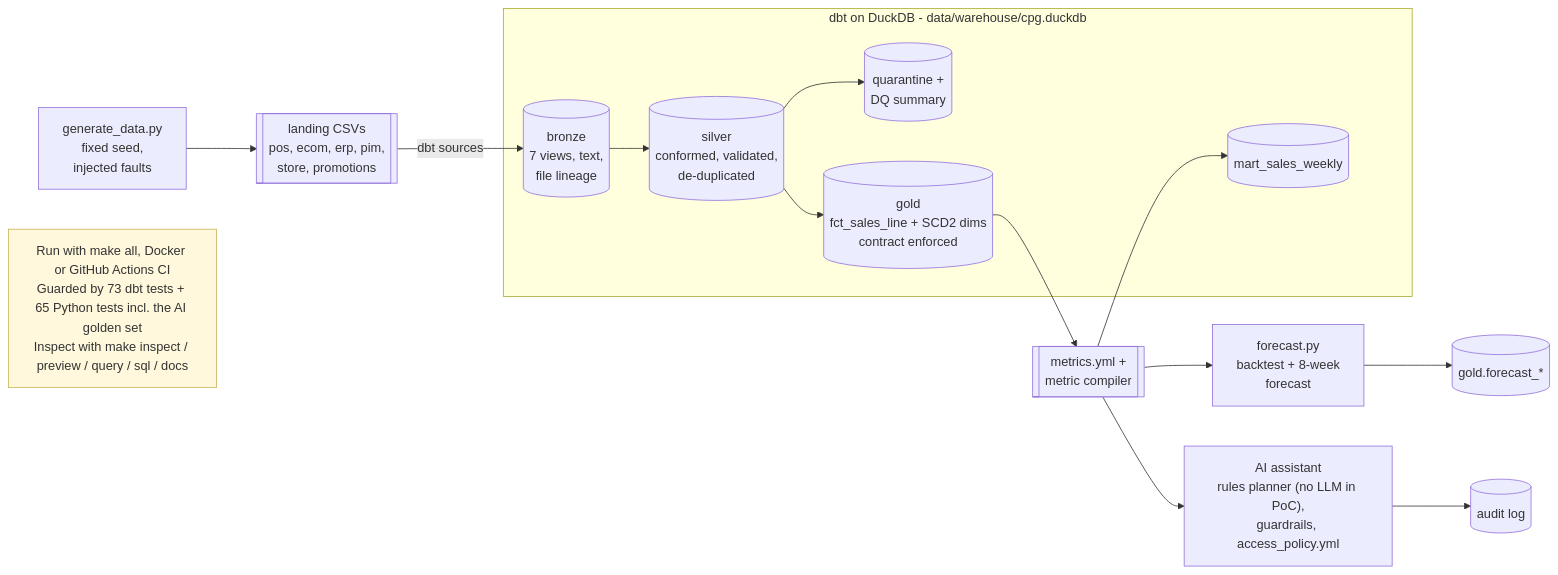
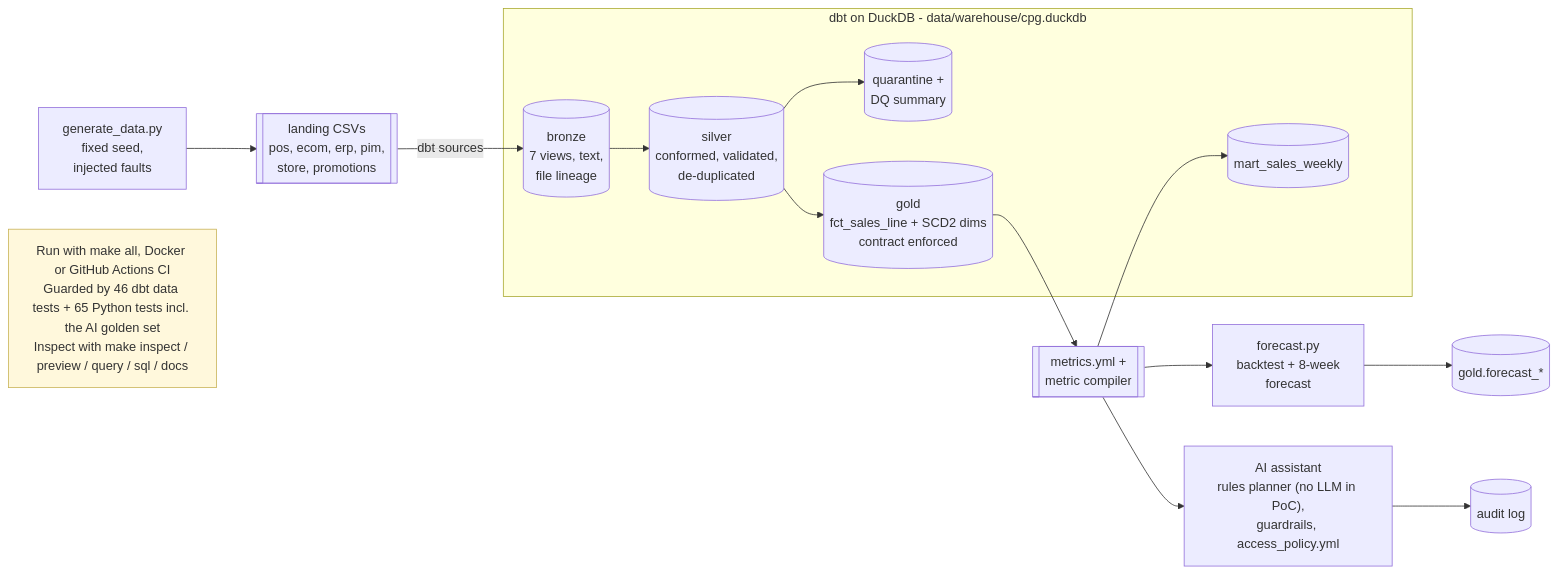
The diagram in docs/architecture/diagrams/04_poc_architecture.mmd (ashok100025/cpg-data-ai-modernization), drawn with Mermaid before and after one commit. The commit also changed 15 other files, not shown here.

```diff
--- a/docs/architecture/diagrams/04_poc_architecture.mmd
+++ b/docs/architecture/diagrams/04_poc_architecture.mmd
@@ -1,30 +1,30 @@
 flowchart LR
   GEN["generate_data.py<br/>fixed seed,<br/>injected faults"]
   LAND[["landing CSVs<br/>pos, ecom, erp, pim,<br/>store, promotions"]]
   BRZ[("bronze<br/>7 views, text,<br/>file lineage")]
   SLV[("silver<br/>conformed, validated,<br/>de-duplicated")]
   QUAR[("quarantine +<br/>DQ summary")]
   GLD[("gold<br/>fct_sales_line + SCD2 dims<br/>contract enforced")]
   MET[["metrics.yml +<br/>metric compiler"]]
   MART[("mart_sales_weekly")]
   FC["forecast.py<br/>backtest + 8-week<br/>forecast"]
   FCT[("gold.forecast_*")]
   AI["AI assistant<br/>rules planner (no LLM in PoC),<br/>guardrails, access_policy.yml"]
   AUD[("audit log")]
 
   GEN --> LAND -- "dbt sources" --> BRZ --> SLV --> GLD --> MET
   SLV --> QUAR
   MET --> MART
   MET --> FC --> FCT
   MET --> AI --> AUD
 
   subgraph DBT["dbt on DuckDB - data/warehouse/cpg.duckdb"]
     BRZ
     SLV
     QUAR
     GLD
     MART
   end
 
-  NOTE["Run with make all, Docker or GitHub Actions CI<br/>Guarded by 73 dbt tests + 65 Python tests incl. the AI golden set<br/>Inspect with make inspect / preview / query / sql / docs"]
+  NOTE["Run with make all, Docker or GitHub Actions CI<br/>Guarded by 46 dbt data tests + 65 Python tests incl. the AI golden set<br/>Inspect with make inspect / preview / query / sql / docs"]
   style NOTE fill:#fff8dc,stroke:#c9b458
```
